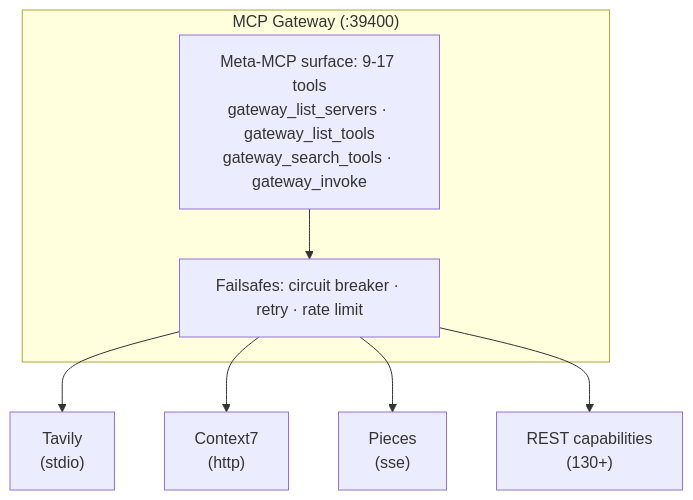
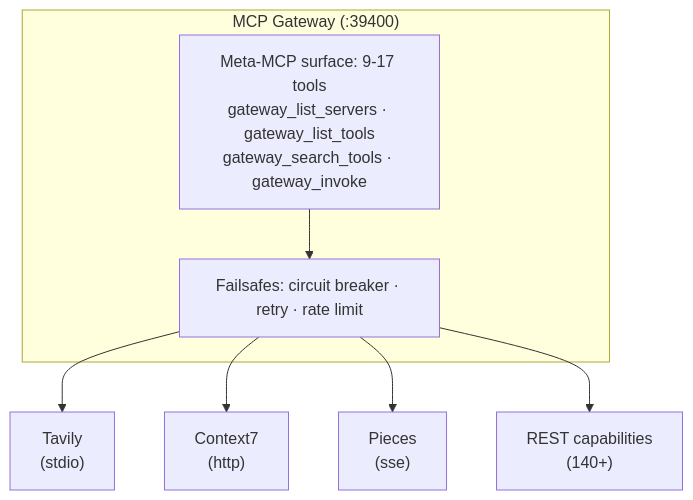
The second of 2 diagrams in README.md (MikkoParkkola/mcp-gateway), drawn with Mermaid before and after one commit. The commit also changed other lines of this file and 6 other files, not shown here.

````diff
--- a/README.md
+++ b/README.md
@@ -405,12 +405,12 @@
 ```mermaid
 flowchart TB
     subgraph GW["MCP Gateway (:39400)"]
         META["Meta-MCP surface: 9-17 tools<br/>gateway_list_servers · gateway_list_tools<br/>gateway_search_tools · gateway_invoke"]
         FS["Failsafes: circuit breaker · retry · rate limit"]
         META --> FS
     end
     FS --> B1["Tavily<br/>(stdio)"]
     FS --> B2["Context7<br/>(http)"]
     FS --> B3["Pieces<br/>(sse)"]
-    FS --> B4["REST capabilities<br/>(130+)"]
+    FS --> B4["REST capabilities<br/>(140+)"]
 ```
````
